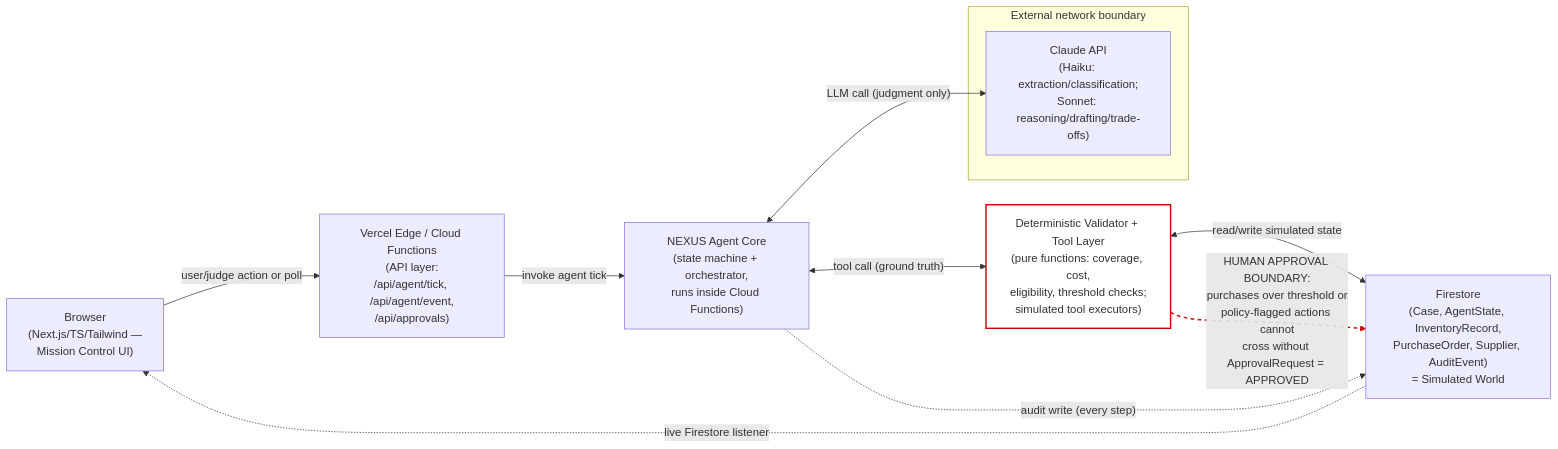
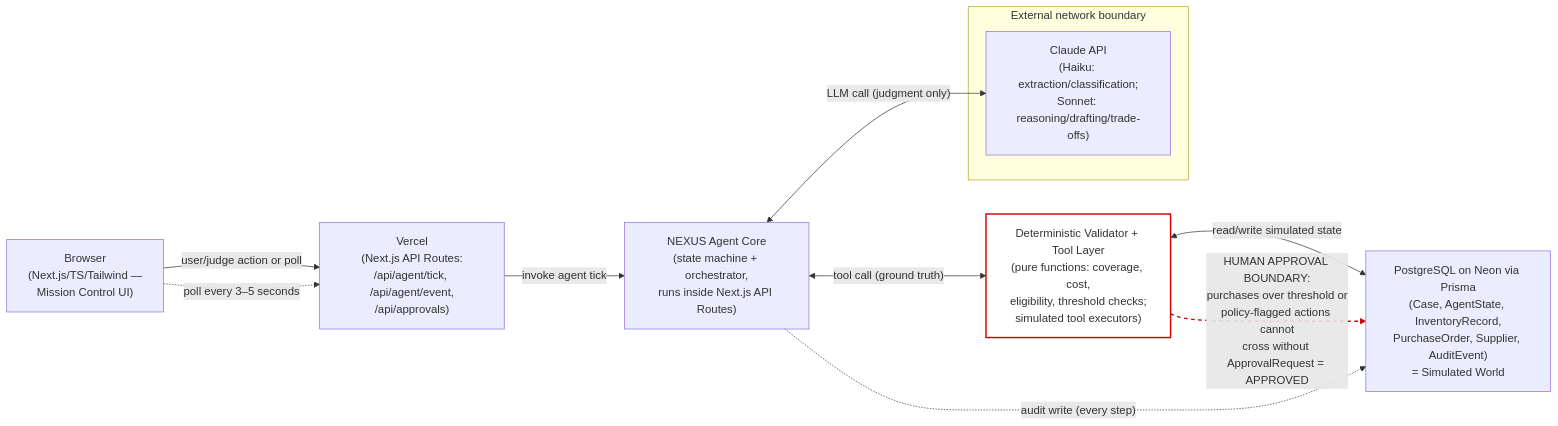
Before and after one commit to VishalGhuge111/nexus-hackathon-2026: the first of 5 diagrams in PRD.md, drawn with Mermaid. The commit also changed other lines of this file and 28 other files, not shown here.

Commit message:
chore: migrate scaffold to locked-1.2 architecture

````diff
--- a/PRD.md
+++ b/PRD.md
@@ -80,26 +80,26 @@
 ```mermaid
 flowchart LR
     Browser["Browser<br/>(Next.js/TS/Tailwind —<br/>Mission Control UI)"]
-    API["Vercel Edge / Cloud Functions<br/>(API layer:<br/>/api/agent/tick, /api/agent/event,<br/>/api/approvals)"]
-    Core["NEXUS Agent Core<br/>(state machine + orchestrator,<br/>runs inside Cloud Functions)"]
+    API["Vercel<br/>(Next.js API Routes:<br/>/api/agent/tick, /api/agent/event,<br/>/api/approvals)"]
+    Core["NEXUS Agent Core<br/>(state machine + orchestrator,<br/>runs inside Next.js API Routes)"]
 
     subgraph Ext["External network boundary"]
         Claude["Claude API<br/>(Haiku: extraction/classification;<br/>Sonnet: reasoning/drafting/trade-offs)"]
     end
 
     Tools["Deterministic Validator + Tool Layer<br/>(pure functions: coverage, cost,<br/>eligibility, threshold checks;<br/>simulated tool executors)"]
-    Firestore["Firestore<br/>(Case, AgentState, InventoryRecord,<br/>PurchaseOrder, Supplier, AuditEvent)<br/>= Simulated World"]
+    Database["PostgreSQL on Neon via Prisma<br/>(Case, AgentState, InventoryRecord,<br/>PurchaseOrder, Supplier, AuditEvent)<br/>= Simulated World"]
 
     Browser -->|"user/judge action or poll"| API
     API -->|"invoke agent tick"| Core
     Core <-->|"LLM call (judgment only)"| Claude
     Core <-->|"tool call (ground truth)"| Tools
-    Tools <-->|"read/write simulated state"| Firestore
-    Core -.->|"audit write (every step)"| Firestore
-    Firestore -.->|"live Firestore listener"| Browser
+    Tools <-->|"read/write simulated state"| Database
+    Core -.->|"audit write (every step)"| Database
+    Browser -.->|"poll every 3–5 seconds"| API
 
-    Tools -.->|"HUMAN APPROVAL BOUNDARY:<br/>purchases over threshold or<br/>policy-flagged actions cannot<br/>cross without ApprovalRequest = APPROVED"| Firestore
+    Tools -.->|"HUMAN APPROVAL BOUNDARY:<br/>purchases over threshold or<br/>policy-flagged actions cannot<br/>cross without ApprovalRequest = APPROVED"| Database
 
     style Tools fill:#fff,stroke:#c00,stroke-width:2px
     linkStyle 7 stroke:#c00,stroke-width:2px,stroke-dasharray:5 5
 ```
````
